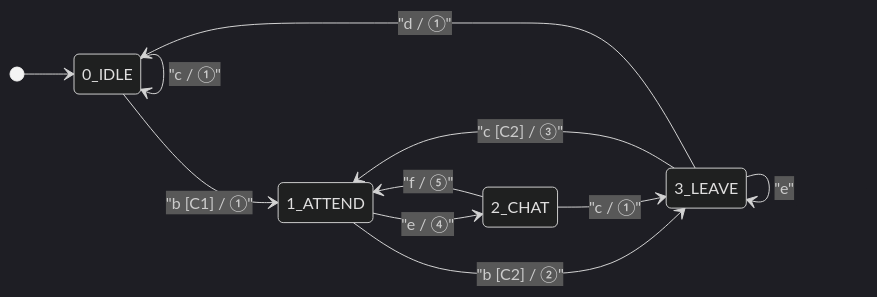
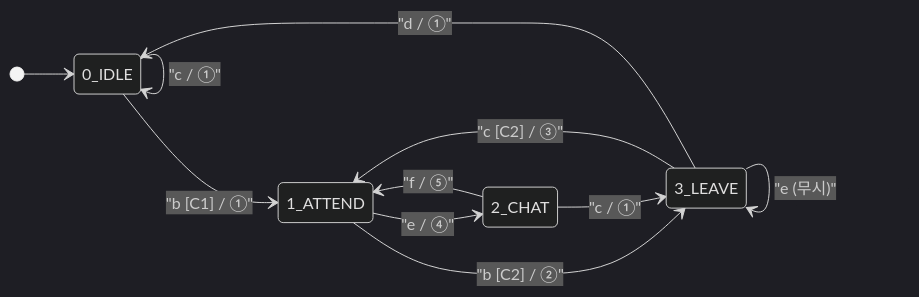
Before and after one commit to MEEEJEEE/auto-attendance-protocol: the second of 2 diagrams in docs/FSM_design.md, drawn with Mermaid (dark theme). The commit also changed other lines of this file, not shown here.

````diff
--- a/docs/FSM_design.md
+++ b/docs/FSM_design.md
@@ -116,18 +148,18 @@
 ```mermaid
 stateDiagram-v2
     direction LR
     [*] --> 0_IDLE
 
     0_IDLE --> 0_IDLE : "c / ①"
     0_IDLE --> 1_ATTEND : "b [C1] / ①"
 
     1_ATTEND --> 2_CHAT : "e / ④"
     1_ATTEND --> 3_LEAVE : "b [C2] / ②"
 
     2_CHAT --> 1_ATTEND : "f / ⑤"
     2_CHAT --> 3_LEAVE : "c / ①"
 
     3_LEAVE --> 1_ATTEND : "c [C2] / ③"
-    3_LEAVE --> 3_LEAVE : "e"
+    3_LEAVE --> 3_LEAVE : "e (무시)"
     3_LEAVE --> 0_IDLE : "d / ①"
 ```
````
